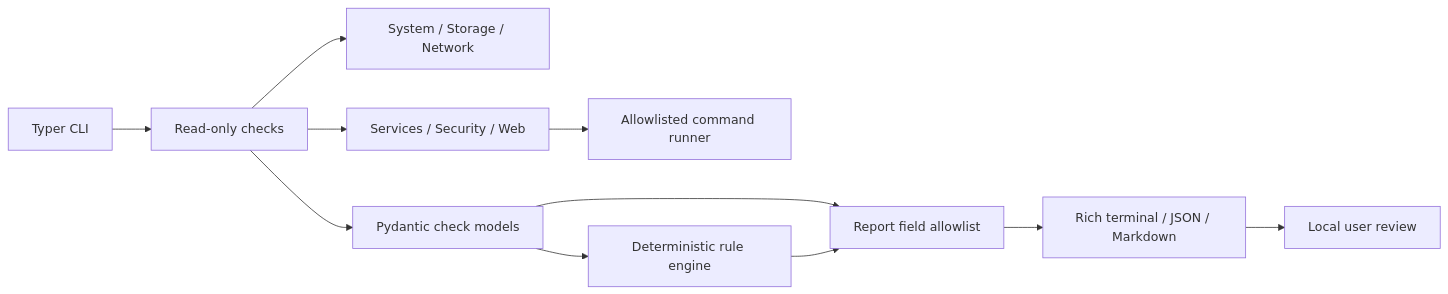
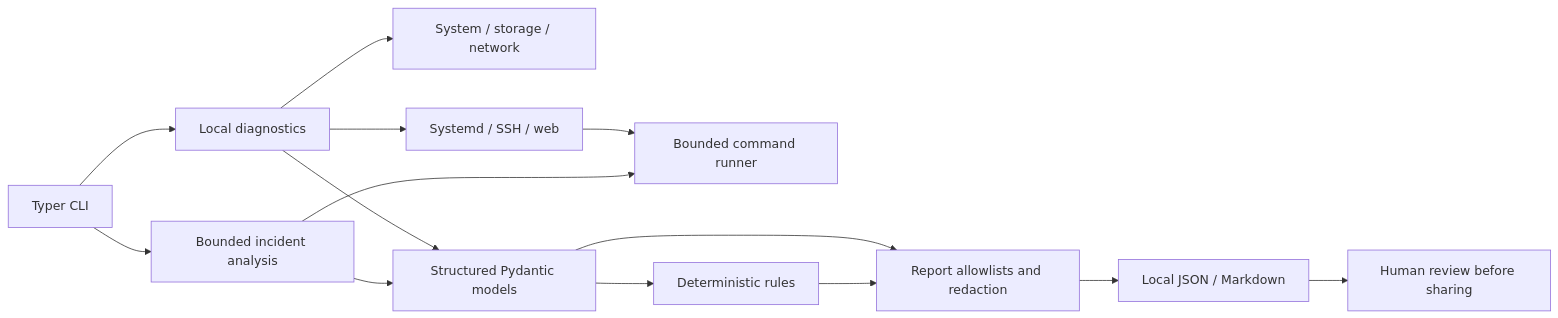
The diagram in docs/ARCHITECTURE.md (sangamLPU/fastvps-doctor), drawn with Mermaid before and after one commit. The commit also changed other lines of this file and 54 other files, not shown here.

````diff
--- a/docs/ARCHITECTURE.md
+++ b/docs/ARCHITECTURE.md
@@ -7,13 +7,16 @@
 ```mermaid
 flowchart LR
-  CLI[Typer CLI] --> Checks[Read-only checks]
-  Checks --> System[System / Storage / Network]
-  Checks --> Services[Services / Security / Web]
-  Services --> Runner[Allowlisted command runner]
-  Checks --> Models[Pydantic check models]
-  Models --> Rules[Deterministic rule engine]
-  Models --> Privacy[Report field allowlist]
+  CLI[Typer CLI] --> Checks[Local diagnostics]
+  Checks --> Sys[System / storage / network]
+  Checks --> Svc[Systemd / SSH / web]
+  Svc --> Runner[Bounded command runner]
+  CLI --> Incident[Bounded incident analysis]
+  Incident --> Runner
+  Checks --> Models[Structured Pydantic models]
+  Incident --> Models
+  Models --> Rules[Deterministic rules]
+  Models --> Privacy[Report allowlists and redaction]
   Rules --> Privacy
-  Privacy --> Renderers[Rich terminal / JSON / Markdown]
-  Renderers --> User[Local user review]
+  Privacy --> Render[Local JSON / Markdown]
+  Render --> User[Human review before sharing]
 ```
````
